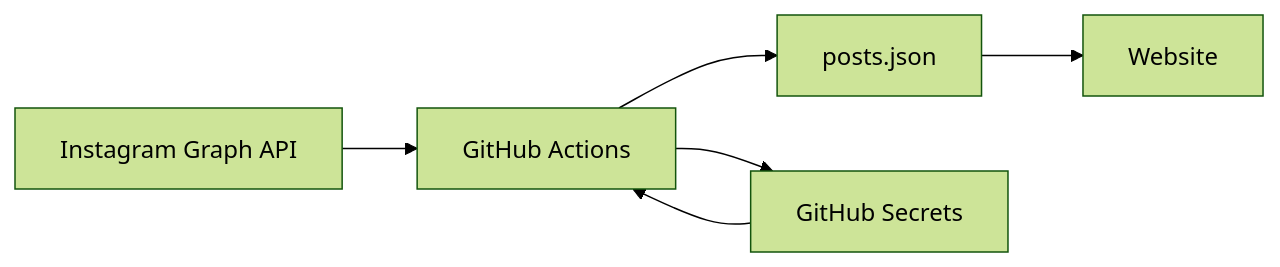
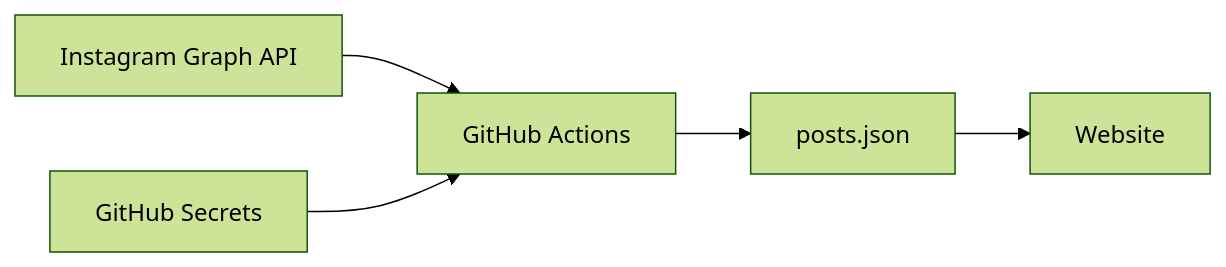
One commit to triax/homepage changed the diagram in knowledge/02-architecture/instagram-integration.md. Above: the diagram before and after it, drawn with Mermaid (forest theme). The commit also changed other lines of this file and 7 other files, not shown here.

````diff
--- a/knowledge/02-architecture/instagram-integration.md
+++ b/knowledge/02-architecture/instagram-integration.md
@@ -11,8 +11,7 @@
 ```mermaid
 graph LR
     A[Instagram Graph API] --> B[GitHub Actions]
     B --> C[posts.json]
     C --> D[Website]
-    B --> E[GitHub Secrets]
-    E --> B
+    E[GitHub Secrets] --> B
 ```
````
